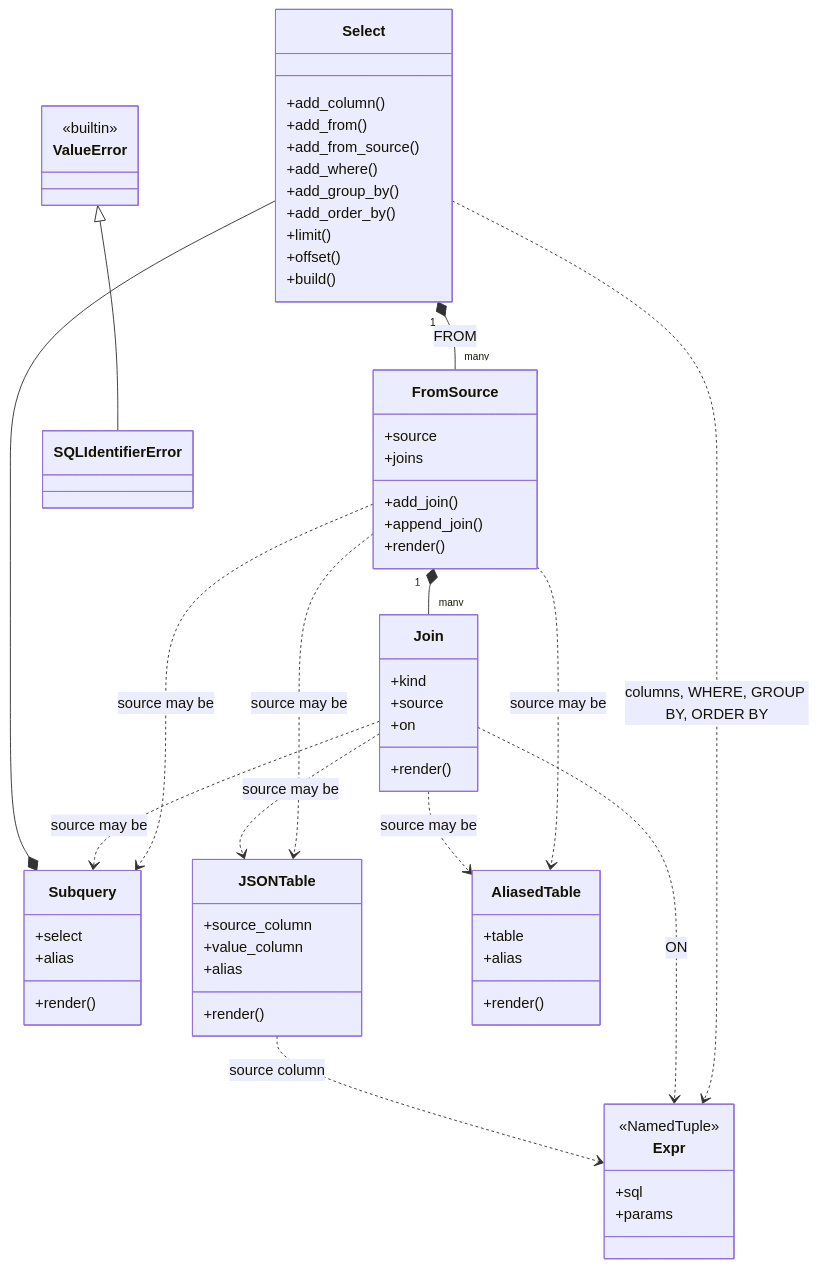
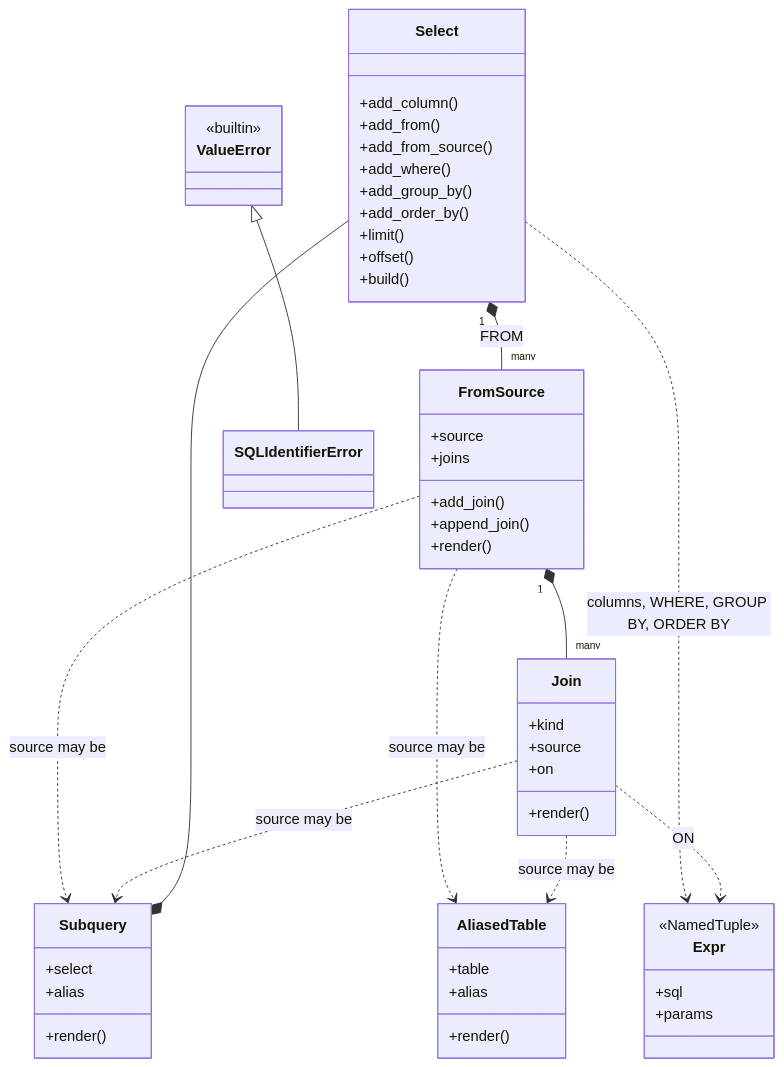
One commit to SETI/rms-opus changed the diagram in docs/dev_guide_webapp_tools.rst. Above: the diagram before and after it, drawn with Mermaid. The commit also changed other lines of this file and 27 other files, not shown here.

```diff
--- a/docs/dev_guide_webapp_tools.rst
+++ b/docs/dev_guide_webapp_tools.rst
@@ -223,67 +223,58 @@
 .. mermaid::
     :zoom:
 
     classDiagram
         class Expr {
             <<NamedTuple>>
             +sql
             +params
         }
         class Select {
             +add_column()
             +add_from()
             +add_from_source()
             +add_where()
             +add_group_by()
             +add_order_by()
             +limit()
             +offset()
             +build()
         }
         class FromSource {
             +source
             +joins
             +add_join()
             +append_join()
             +render()
         }
         class Join {
             +kind
             +source
             +on
             +render()
         }
         class Subquery {
             +select
             +alias
             +render()
         }
-        class JSONTable {
-            +source_column
-            +value_column
-            +alias
-            +render()
-        }
         class AliasedTable {
             +table
             +alias
             +render()
         }
         class ValueError {
             <<builtin>>
         }
         class SQLIdentifierError
 
         Select "1" *-- "many" FromSource : FROM
         FromSource "1" *-- "many" Join
         FromSource ..> Subquery : source may be
-        FromSource ..> JSONTable : source may be
         FromSource ..> AliasedTable : source may be
         Join ..> Subquery : source may be
-        Join ..> JSONTable : source may be
         Join ..> AliasedTable : source may be
         Subquery *-- Select
         Select ..> Expr : columns, WHERE, GROUP BY, ORDER BY
         Join ..> Expr : ON
-        JSONTable ..> Expr : source column
         ValueError <|-- SQLIdentifierError
```
